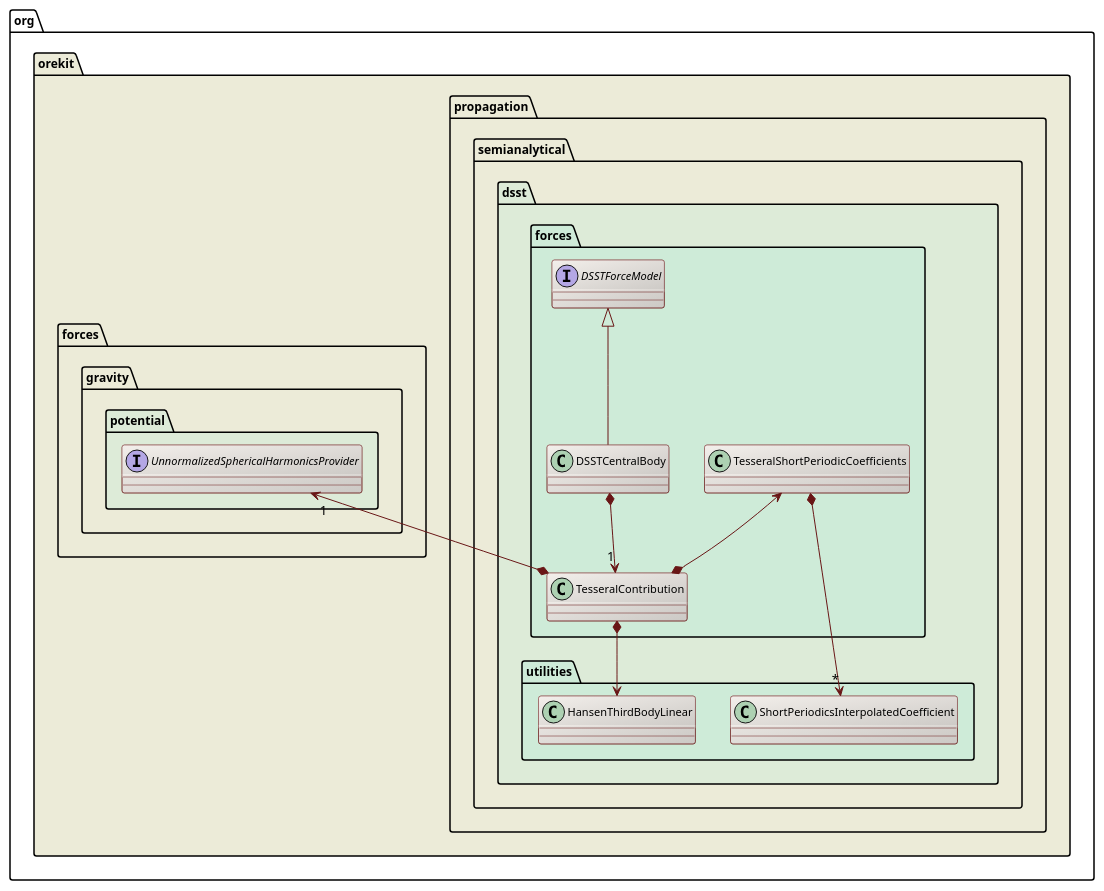
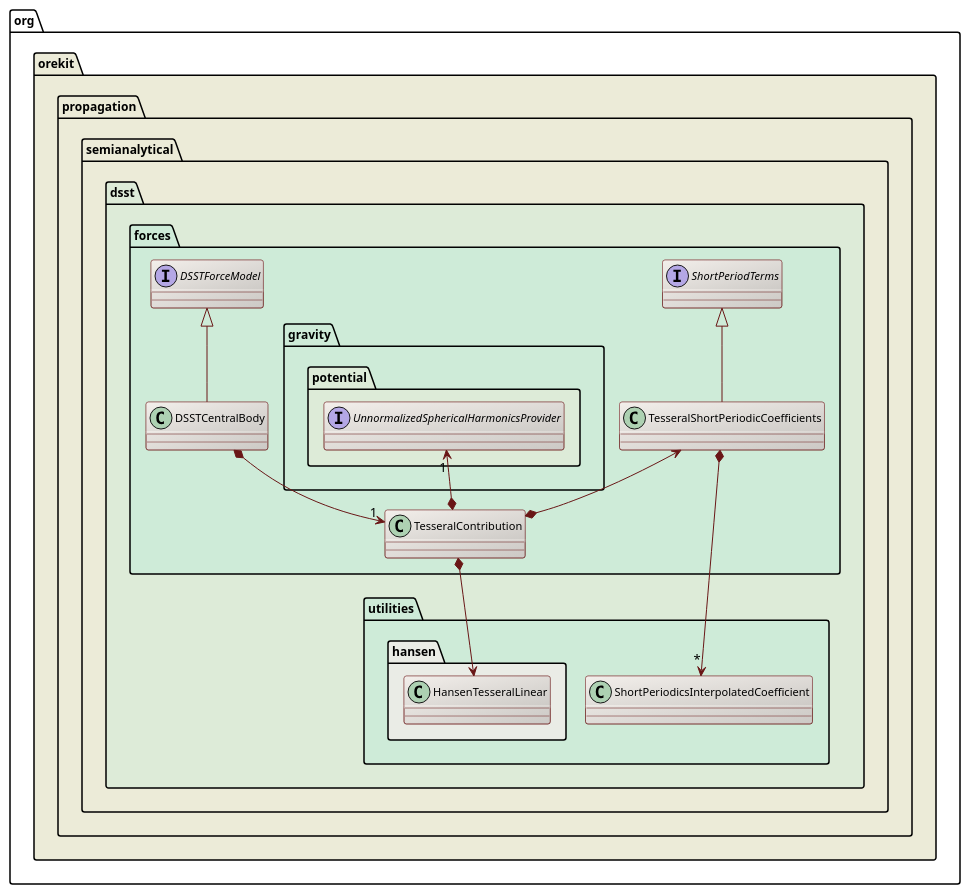
Before and after one commit to CS-SI/Orekit: the diagram in src/design/dsst-tesseral-contribution-class-diagram.puml, drawn with PlantUML. The commit also changed 6 other files, not shown here.

Commit message:
Fixed wrong design diagram.

```diff
--- a/src/design/dsst-tesseral-contribution-class-diagram.puml
+++ b/src/design/dsst-tesseral-contribution-class-diagram.puml
@@ -17,36 +17,40 @@
 @startuml
 
   skinparam svek                  true
   skinparam ClassBackgroundColor  #F3EFEB/CCC9C5
   skinparam ClassArrowColor       #691616
   skinparam ClassBorderColor      #691616
   skinparam NoteBackgroundColor   #F3EFEB
   skinparam NoteBorderColor       #691616
   skinparam NoteFontColor         #691616
   skinparam ClassFontSize         11
   skinparam PackageFontSize       12
 
   package org.orekit #ECEBD8 {
 
     package propagation.semianalytical.dsst #DDEBD8 {
 
       Package forces #CEEBD8 {
         TesseralShortPeriodicCoefficients <--* TesseralContribution
         interface DSSTForceModel
+        interface ShortPeriodTerms
         DSSTForceModel <|-- DSSTCentralBody
+        ShortPeriodTerms <|-- TesseralShortPeriodicCoefficients
         DSSTCentralBody *--> "1" TesseralContribution
       }
 
       package utilities #CEEBD8 {
+        package hansen #EAECE6 {
+          class HansenTesseralLinear
+        }
           TesseralShortPeriodicCoefficients *--> "*" ShortPeriodicsInterpolatedCoefficient
-          TesseralContribution *--> HansenThirdBodyLinear
+          TesseralContribution *--> HansenTesseralLinear
        }
-    }
 
       package forces.gravity.potential #DDEBD8 {
           interface UnnormalizedSphericalHarmonicsProvider
           UnnormalizedSphericalHarmonicsProvider "1" <--* TesseralContribution
       }
   }
 
 @enduml
```
